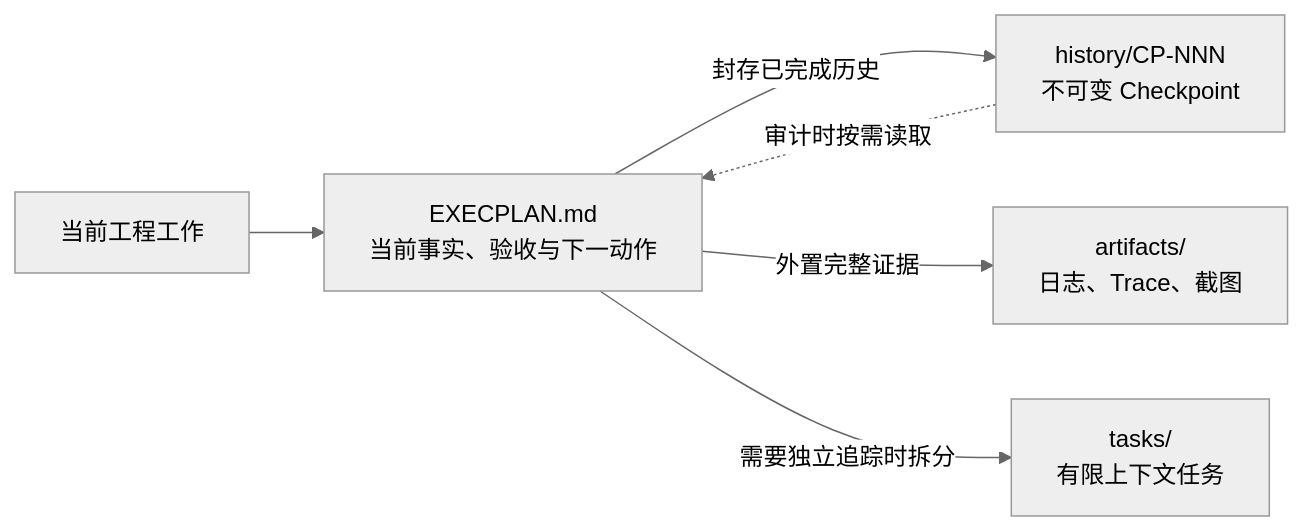
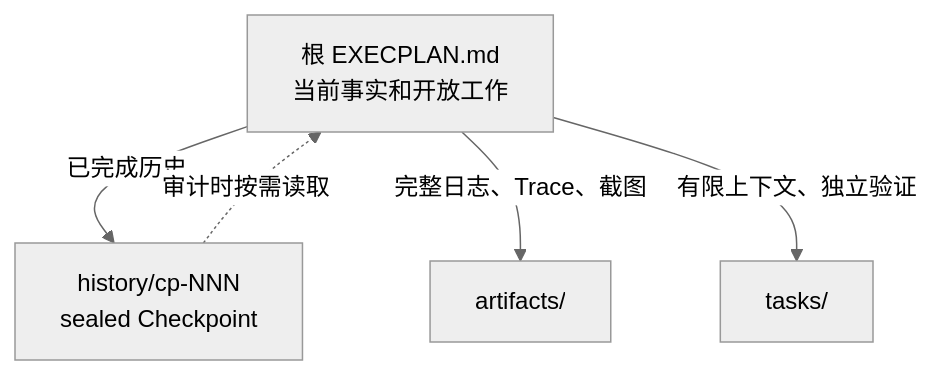
One commit to XiaoWeiKIN/RepoFoundryAI changed the second of 2 diagrams in README.md. Above: the diagram before and after it, drawn with Mermaid (neutral theme). The commit also changed other lines of this file and 24 other files, not shown here.

````diff
--- a/README.md
+++ b/README.md
@@ -21,8 +143,7 @@
 ```mermaid
-flowchart LR
-    W["当前工程工作"] --> R["EXECPLAN.md<br/>当前事实、验收与下一动作"]
-    R -->|"封存已完成历史"| H["history/CP-NNN<br/>不可变 Checkpoint"]
-    R -->|"外置完整证据"| A["artifacts/<br/>日志、Trace、截图"]
-    R -->|"需要独立追踪时拆分"| T["tasks/<br/>有限上下文任务"]
-    H -. "审计时按需读取" .-> R
+flowchart TD
+    W["根 EXECPLAN.md<br/>当前事实和开放工作"] -->|"已完成历史"| H["history/cp-NNN<br/>sealed Checkpoint"]
+    W -->|"完整日志、Trace、截图"| A["artifacts/"]
+    W -->|"有限上下文、独立验证"| T["tasks/"]
+    H -. "审计时按需读取" .-> W
 ```
````
